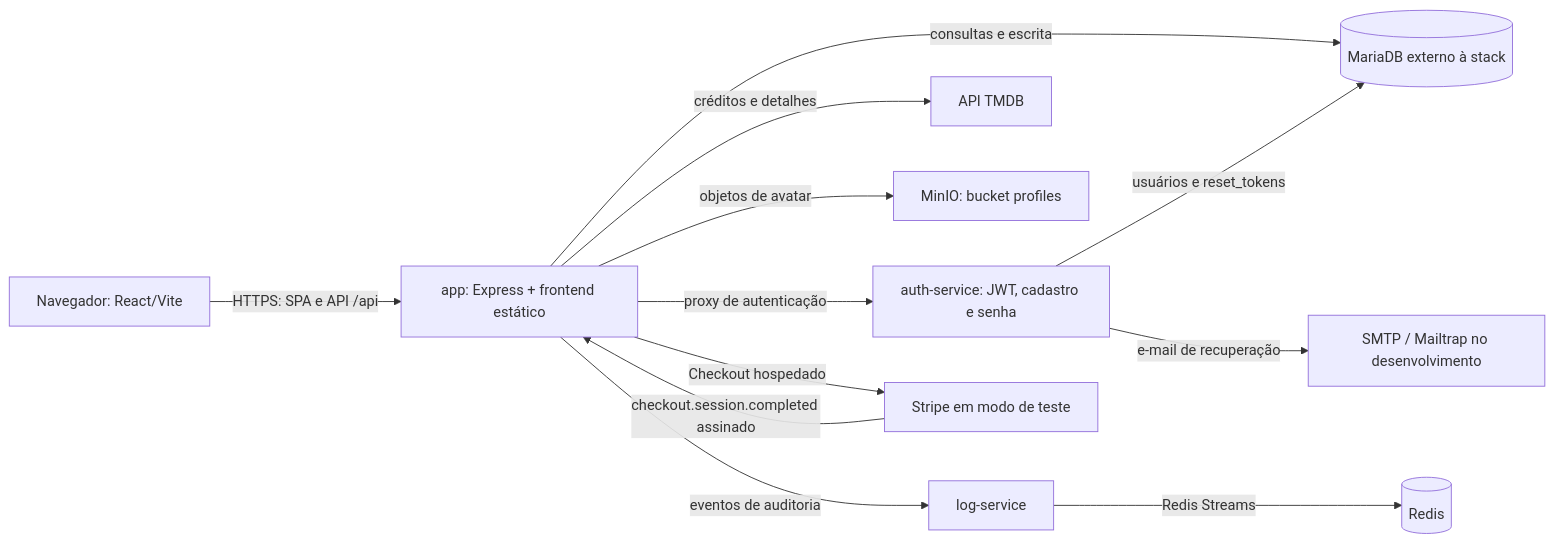
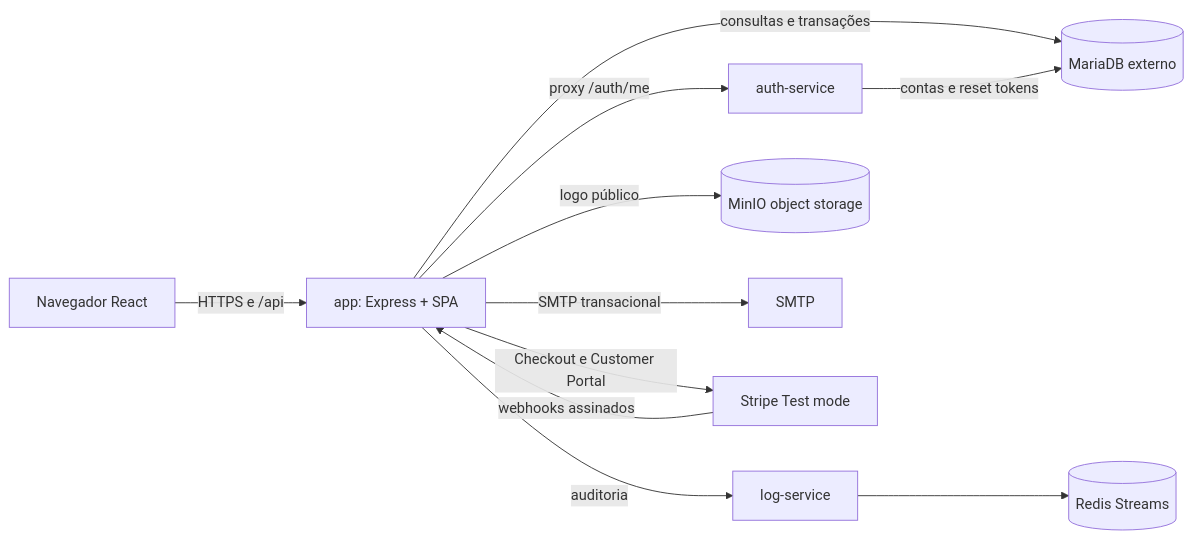
The first of 2 diagrams in DOCUMENTACAO.md (Douglas-Felipe-Mariano/TomHanksApp), drawn with Mermaid before and after one commit. The commit also changed other lines of this file and 4 other files, not shown here.

````diff
--- a/DOCUMENTACAO.md
+++ b/DOCUMENTACAO.md
@@ -54,14 +68,13 @@
 ```mermaid
 flowchart LR
-    browser["Navegador: React/Vite"] -->|"HTTPS: SPA e API /api"| app["app: Express + frontend estático"]
-    app -->|"proxy de autenticação"| auth["auth-service: JWT, cadastro e senha"]
-    app -->|"consultas e escrita"| mariadb[("MariaDB externo à stack")]
-    auth -->|"usuários e reset_tokens"| mariadb
-    app -->|"créditos e detalhes"| tmdb["API TMDB"]
-    app -->|"objetos de avatar"| minio["MinIO: bucket profiles"]
-    app -->|"eventos de auditoria"| logs["log-service"]
-    logs -->|"Redis Streams"| redis[("Redis")]
-    auth -->|"e-mail de recuperação"| smtp["SMTP / Mailtrap no desenvolvimento"]
-    app -->|"Checkout hospedado"| stripe["Stripe em modo de teste"]
-    stripe -->|"checkout.session.completed assinado"| app
+  browser[Navegador React] -->|HTTPS e /api| app[app: Express + SPA]
+  app -->|proxy /auth/me| auth[auth-service]
+  app -->|consultas e transações| db[(MariaDB externo)]
+  auth -->|contas e reset tokens| db
+  app -->|auditoria| log[log-service]
+  log --> redis[(Redis Streams)]
+  app -->|logo público| minio[(MinIO object storage)]
+  app -->|SMTP transacional| smtp[SMTP]
+  app -->|Checkout e Customer Portal| stripe[Stripe Test mode]
+  stripe -->|webhooks assinados| app
 ```
````
